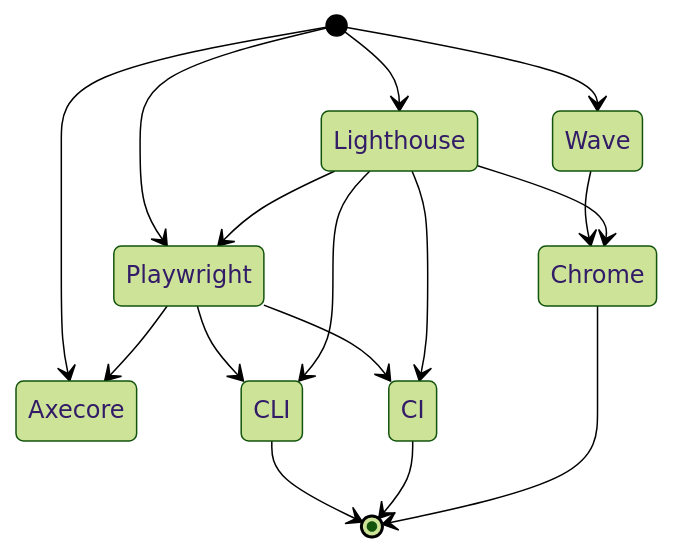
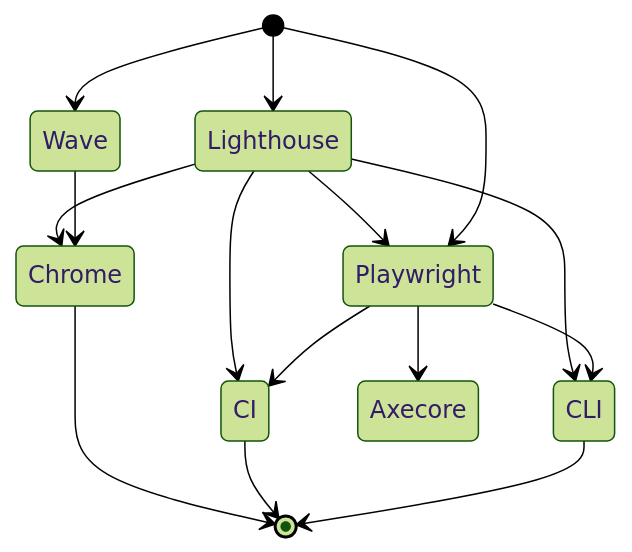
One commit to gsoulie/Mobile-App-Development changed the third of 3 diagrams in resources/Mobile App Resources and tools.md. Above: the diagram before and after it, drawn with Mermaid (forest theme).

Commit message:
Remove Axecore from mobile app resources diagram

`````diff
--- a/resources/Mobile App Resources and tools.md
+++ b/resources/Mobile App Resources and tools.md
@@ -50,20 +50,19 @@
 ````mermaid
 stateDiagram-v2
   [*] --> Playwright
   [*] --> Lighthouse
-  [*] --> Axecore
   [*] --> Wave
 
   Playwright --> CI
   Playwright --> CLI
   Playwright --> Axecore
   Wave --> Chrome
   Lighthouse --> Chrome
   Lighthouse --> Playwright
   Lighthouse --> CI
   Lighthouse --> CLI
   CLI --> [*]
   CI --> [*]
   Chrome --> [*]
   
 ````
`````
